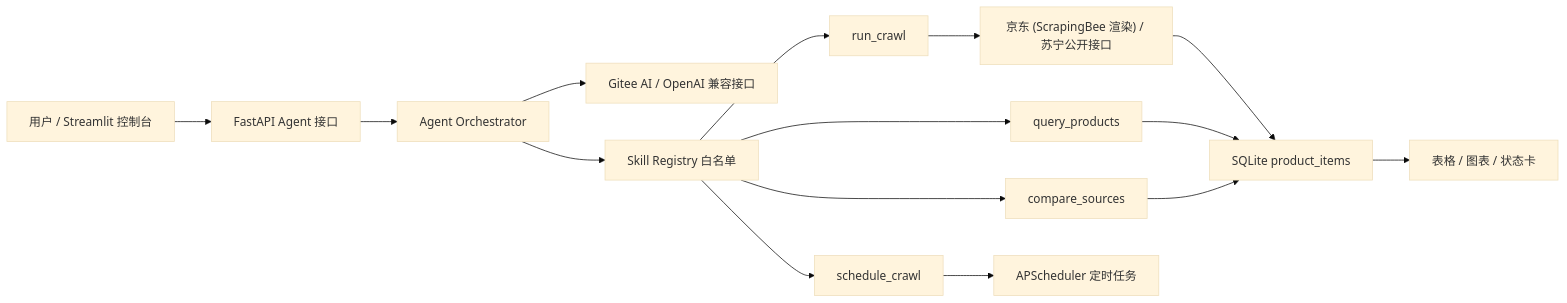
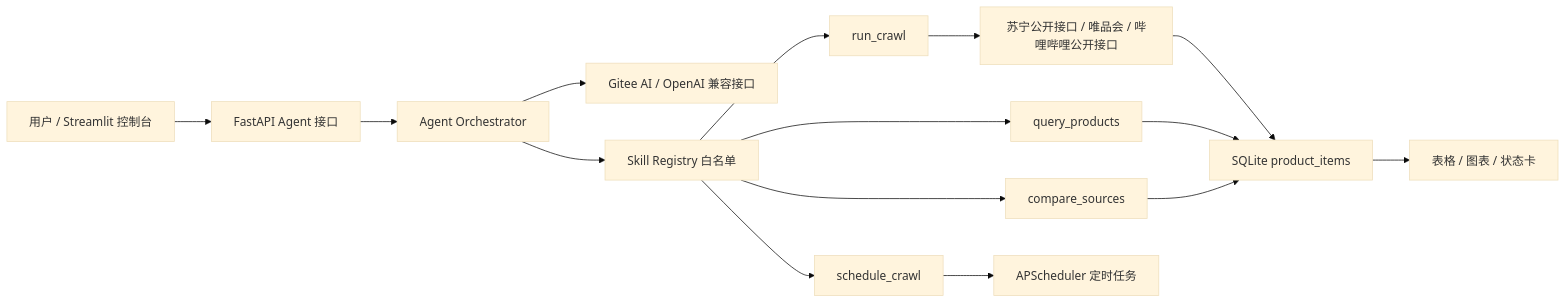
One commit to Chanhao-hua/gitee_python changed the diagram in group5/docs/数码电商AgentSkill调度Demo中文说明.md. Above: the diagram before and after it, drawn with Mermaid (base theme). The commit also changed other lines of this file and 821 other files, not shown here.

````diff
--- a/group5/docs/数码电商AgentSkill调度Demo中文说明.md
+++ b/group5/docs/数码电商AgentSkill调度Demo中文说明.md
@@ -19,17 +18,17 @@
 ```mermaid
 flowchart LR
     U["用户 / Streamlit 控制台"] --> A["FastAPI Agent 接口"]
     A --> O["Agent Orchestrator"]
     O --> L["Gitee AI / OpenAI 兼容接口"]
     O --> R["Skill Registry 白名单"]
     R --> S1["run_crawl"]
     R --> S2["schedule_crawl"]
     R --> S3["query_products"]
     R --> S4["compare_sources"]
-    S1 --> C["京东 (ScrapingBee 渲染) / 苏宁公开接口"]
+    S1 --> C["苏宁公开接口 / 唯品会 / 哔哩哔哩公开接口"]
     S2 --> J["APScheduler 定时任务"]
     C --> D["SQLite product_items"]
     S3 --> D
     S4 --> D
     D --> V["表格 / 图表 / 状态卡"]
 ```
````
